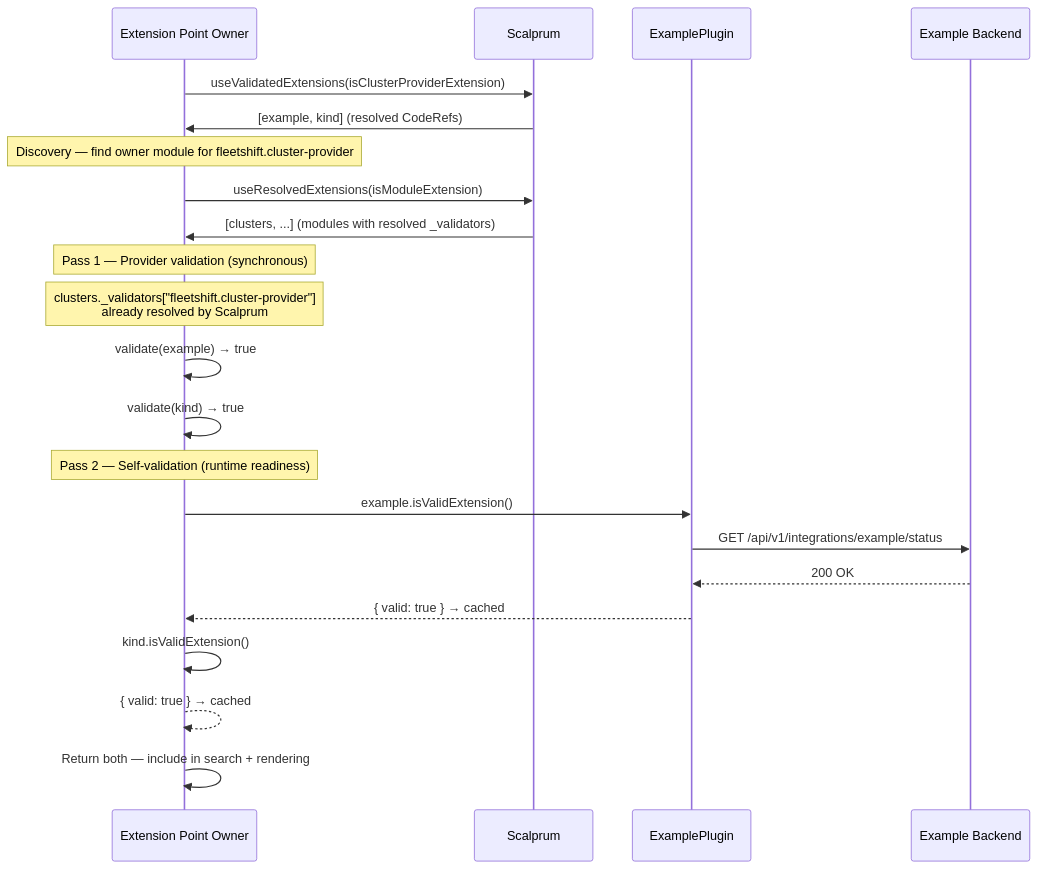
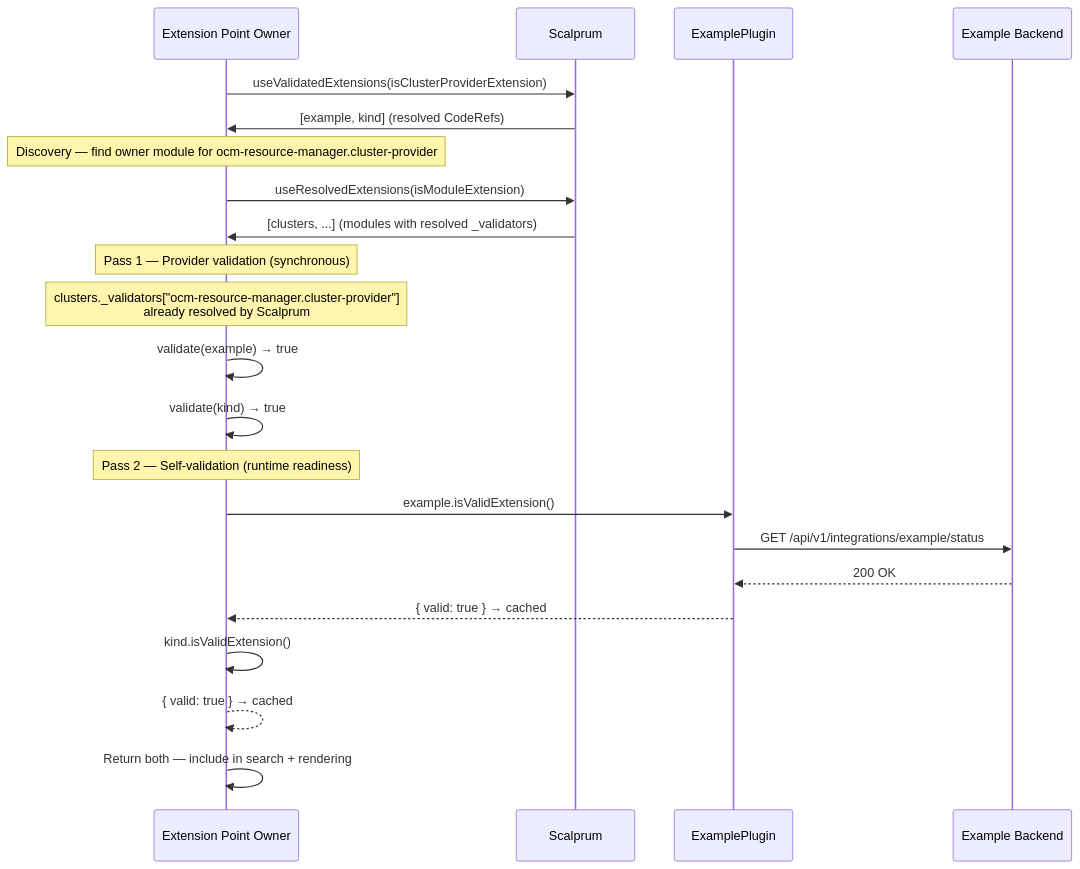
One commit to fleetshift/fleetshift-poc changed the second of 4 diagrams in docs/ui/extension-validation.md. Above: the diagram before and after it, drawn with Mermaid. The commit also changed other lines of this file and 1079 other files, not shown here.

Commit message:
Rename experimental OCM resource manager source and runtime identities

````diff
--- a/docs/ui/extension-validation.md
+++ b/docs/ui/extension-validation.md
@@ -539,29 +539,29 @@
 ```mermaid
 sequenceDiagram
     participant EPOwner as Extension Point Owner
     participant Scalprum
     participant ExampleProvider as ExamplePlugin
     participant Backend as Example Backend
 
     EPOwner->>Scalprum: useValidatedExtensions(isClusterProviderExtension)
     Scalprum->>EPOwner: [example, kind] (resolved CodeRefs)
 
-    Note over EPOwner: Discovery — find owner module for fleetshift.cluster-provider
+    Note over EPOwner: Discovery — find owner module for ocm-resource-manager.cluster-provider
     EPOwner->>Scalprum: useResolvedExtensions(isModuleExtension)
     Scalprum->>EPOwner: [clusters, ...] (modules with resolved _validators)
 
     Note over EPOwner: Pass 1 — Provider validation (synchronous)
-    Note over EPOwner: clusters._validators["fleetshift.cluster-provider"]<br/>already resolved by Scalprum
+    Note over EPOwner: clusters._validators["ocm-resource-manager.cluster-provider"]<br/>already resolved by Scalprum
     EPOwner->>EPOwner: validate(example) → true
     EPOwner->>EPOwner: validate(kind) → true
 
     Note over EPOwner: Pass 2 — Self-validation (runtime readiness)
     EPOwner->>ExampleProvider: example.isValidExtension()
     ExampleProvider->>Backend: GET /api/v1/integrations/example/status
     Backend-->>ExampleProvider: 200 OK
     ExampleProvider-->>EPOwner: { valid: true } → cached
     EPOwner->>EPOwner: kind.isValidExtension()
     EPOwner-->>EPOwner: { valid: true } → cached
 
     EPOwner->>EPOwner: Return both — include in search + rendering
 ```
````
